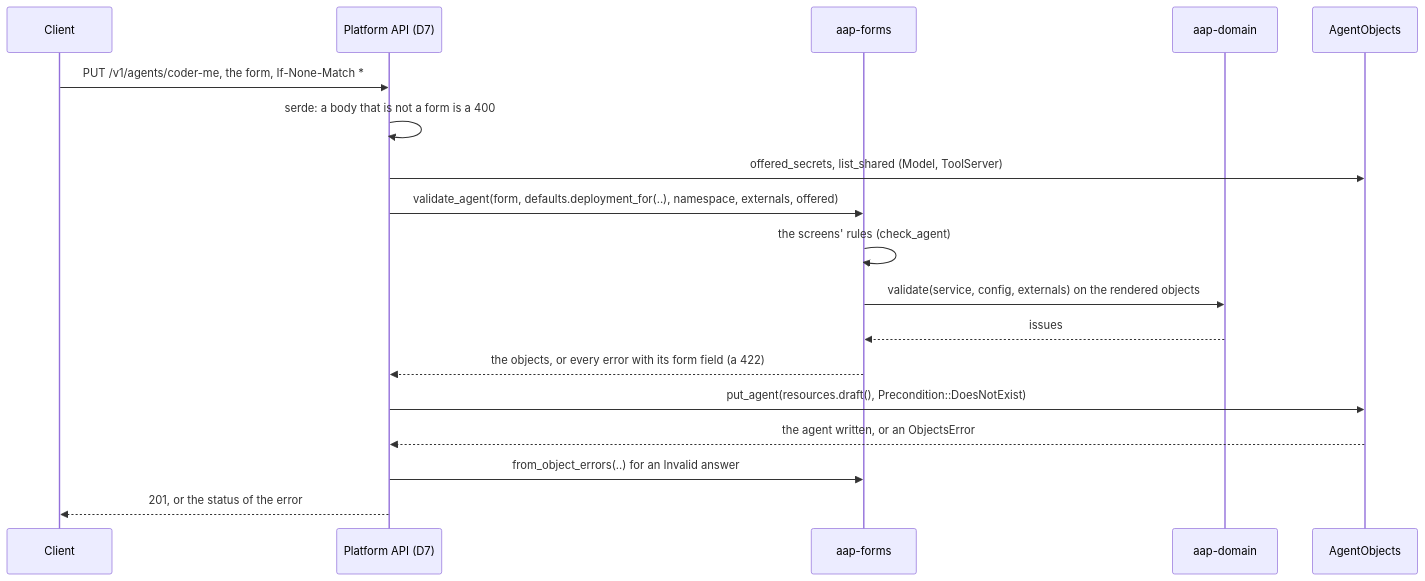
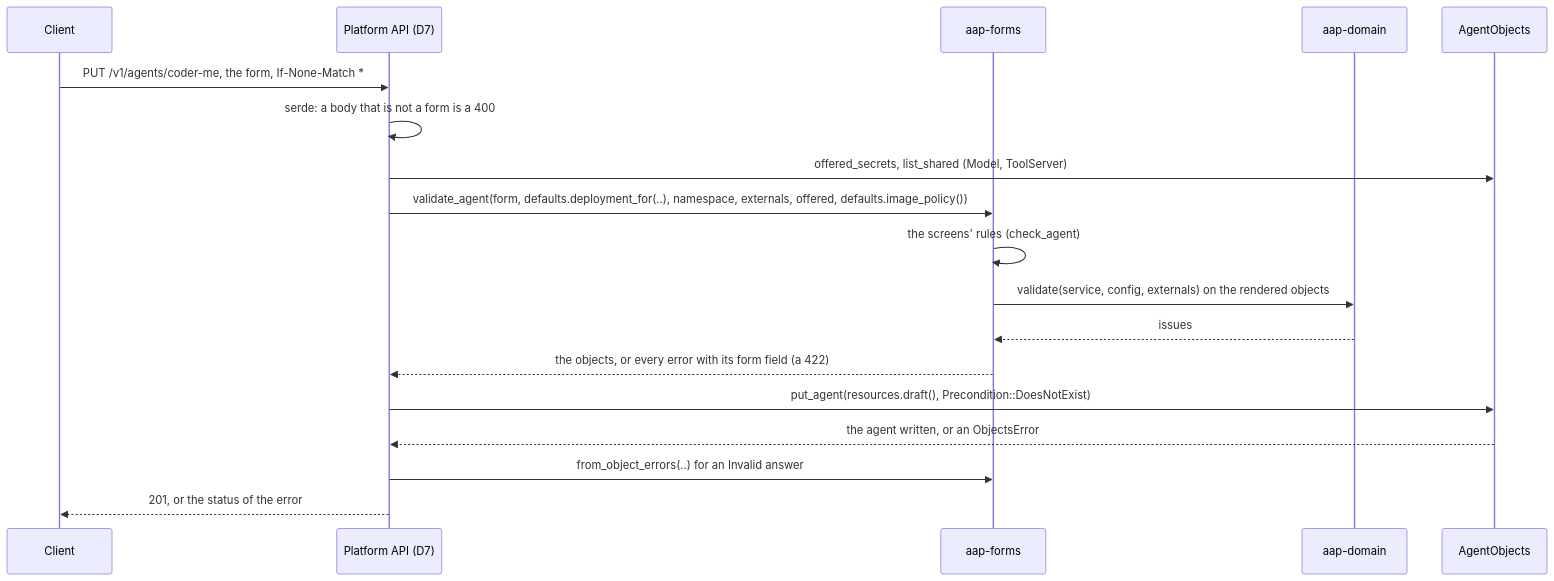
The diagram in crates/forms/README.md (vymalo/another-agentic-platform), drawn with Mermaid before and after one commit. The commit also changed other lines of this file and 6 other files, not shown here.

First line of the commit message:
fix(forms): require a tag or digest, no credentials and an allowed registry for an agent's image

````diff
--- a/crates/forms/README.md
+++ b/crates/forms/README.md
@@ -11,21 +11,21 @@
 ```mermaid
 sequenceDiagram
     participant C as Client
     participant A as Platform API (D7)
     participant F as aap-forms
     participant D as aap-domain
     participant S as AgentObjects
 
     C->>A: PUT /v1/agents/coder-me, the form, If-None-Match *
     A->>A: serde: a body that is not a form is a 400
     A->>S: offered_secrets, list_shared (Model, ToolServer)
-    A->>F: validate_agent(form, defaults.deployment_for(..), namespace, externals, offered)
+    A->>F: validate_agent(form, defaults.deployment_for(..), namespace, externals, offered, defaults.image_policy())
     F->>F: the screens' rules (check_agent)
     F->>D: validate(service, config, externals) on the rendered objects
     D-->>F: issues
     F-->>A: the objects, or every error with its form field (a 422)
     A->>S: put_agent(resources.draft(), Precondition::DoesNotExist)
     S-->>A: the agent written, or an ObjectsError
     A->>F: from_object_errors(..) for an Invalid answer
     A-->>C: 201, or the status of the error
 ```
````
